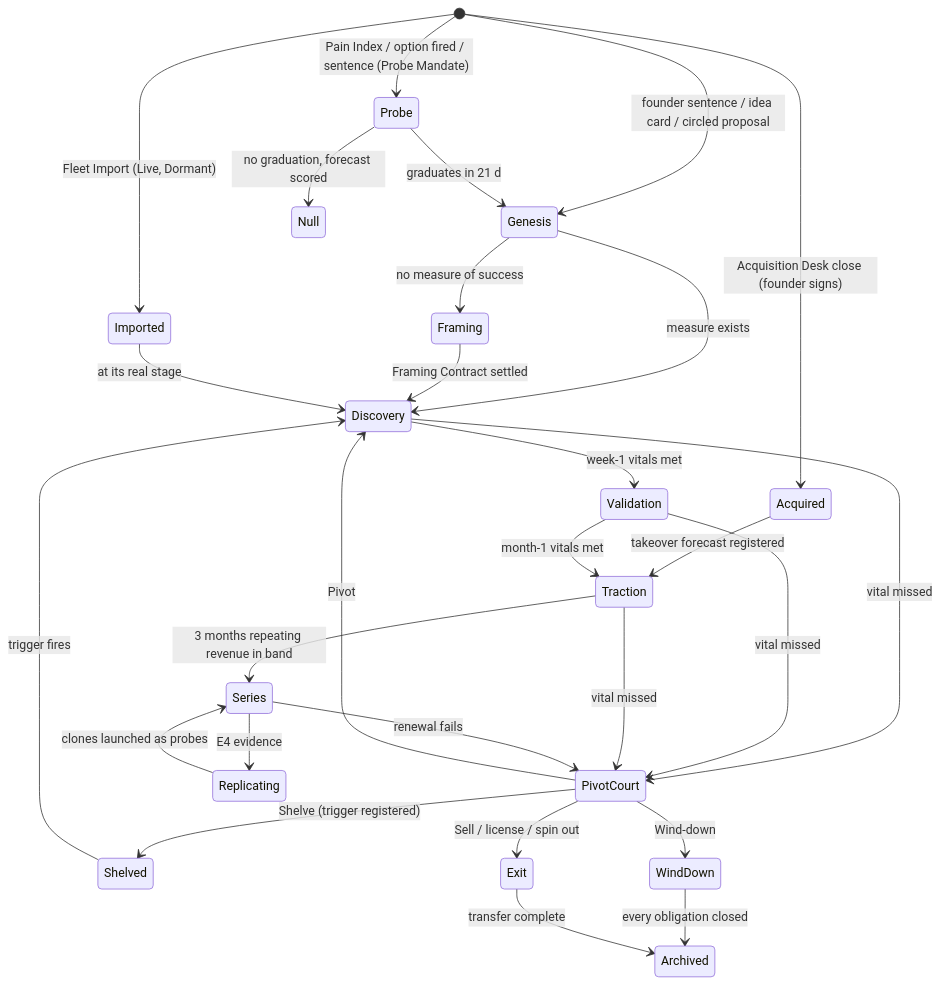
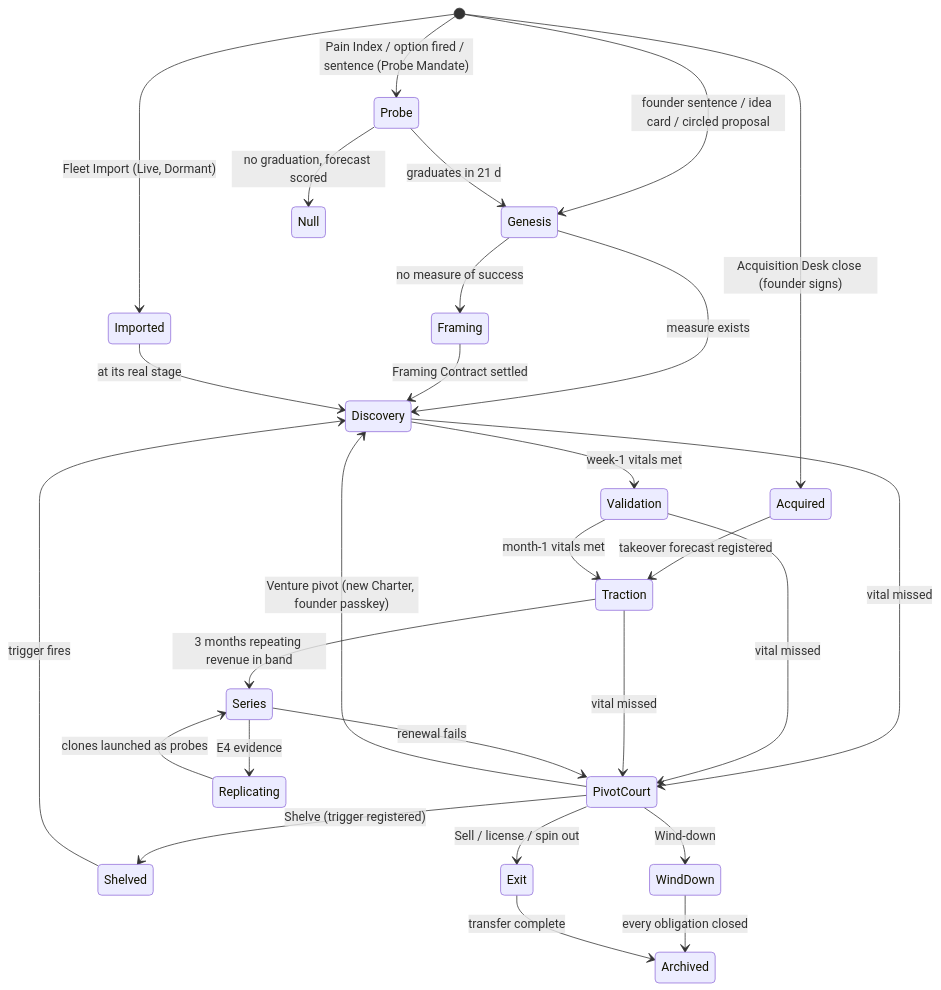
The first of 4 diagrams in docs/vision-v3/17-VIBE-STARTUPING-IN-PRACTICE.md (Adam077K/agentvibe), drawn with Mermaid before and after one commit. The commit also changed other lines of this file and 33 other files, not shown here.

````diff
--- a/docs/vision-v3/17-VIBE-STARTUPING-IN-PRACTICE.md
+++ b/docs/vision-v3/17-VIBE-STARTUPING-IN-PRACTICE.md
@@ -79,30 +79,30 @@
 ```mermaid
 stateDiagram-v2
   [*] --> Probe: Pain Index / option fired / sentence (Probe Mandate)
   [*] --> Genesis: founder sentence / idea card / circled proposal
   [*] --> Imported: Fleet Import (Live, Dormant)
   [*] --> Acquired: Acquisition Desk close (founder signs)
   Probe --> Genesis: graduates in 21 d
   Probe --> Null: no graduation, forecast scored
   Genesis --> Framing: no measure of success
   Genesis --> Discovery: measure exists
   Framing --> Discovery: Framing Contract settled
   Imported --> Discovery: at its real stage
   Acquired --> Traction: takeover forecast registered
   Discovery --> Validation: week-1 vitals met
   Validation --> Traction: month-1 vitals met
   Traction --> Series: 3 months repeating revenue in band
   Discovery --> PivotCourt: vital missed
   Validation --> PivotCourt: vital missed
   Traction --> PivotCourt: vital missed
   Series --> PivotCourt: renewal fails
   Series --> Replicating: E4 evidence
   Replicating --> Series: clones launched as probes
-  PivotCourt --> Discovery: Pivot
+  PivotCourt --> Discovery: Venture pivot (new Charter, founder passkey)
   PivotCourt --> Shelved: Shelve (trigger registered)
   PivotCourt --> WindDown: Wind-down
   PivotCourt --> Exit: Sell / license / spin out
   Shelved --> Discovery: trigger fires
   WindDown --> Archived: every obligation closed
   Exit --> Archived: transfer complete
 ```
````
